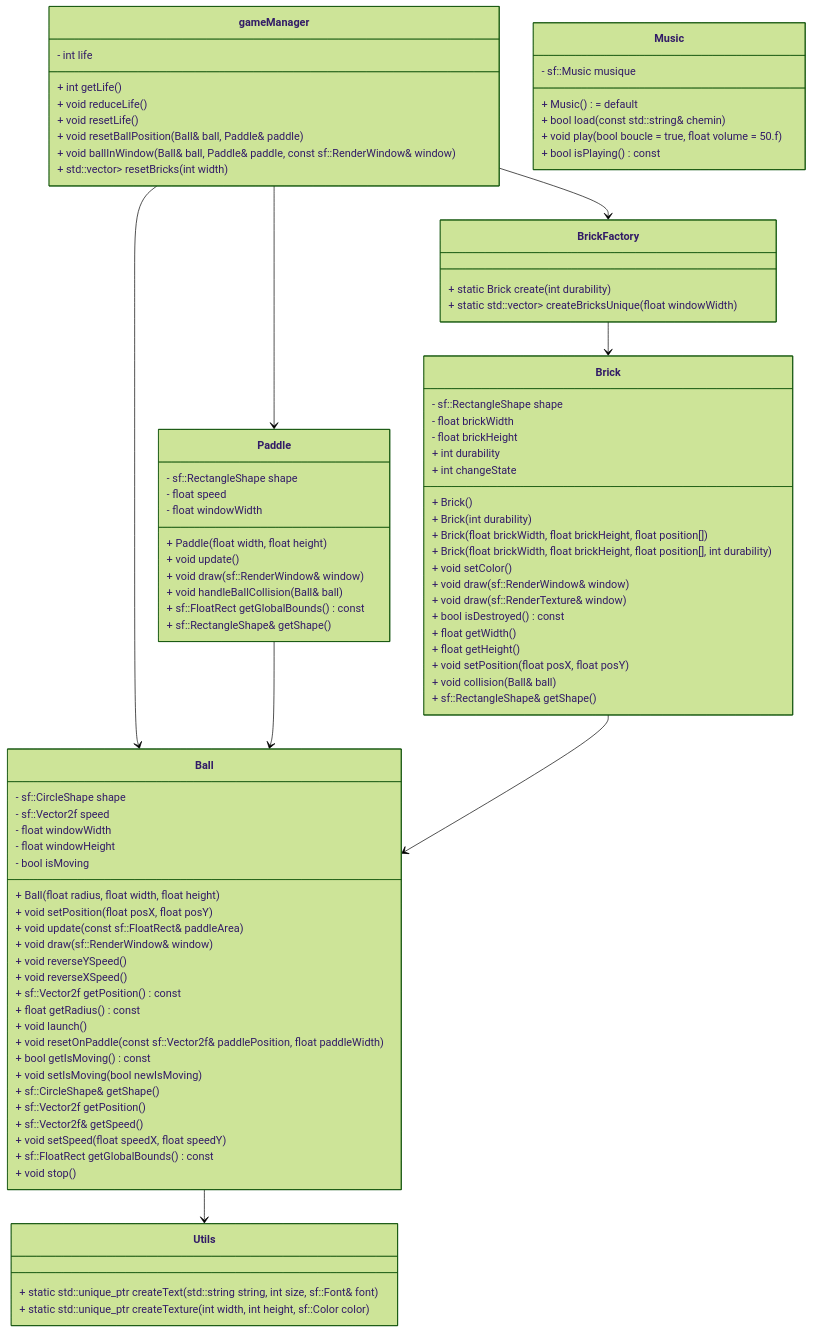
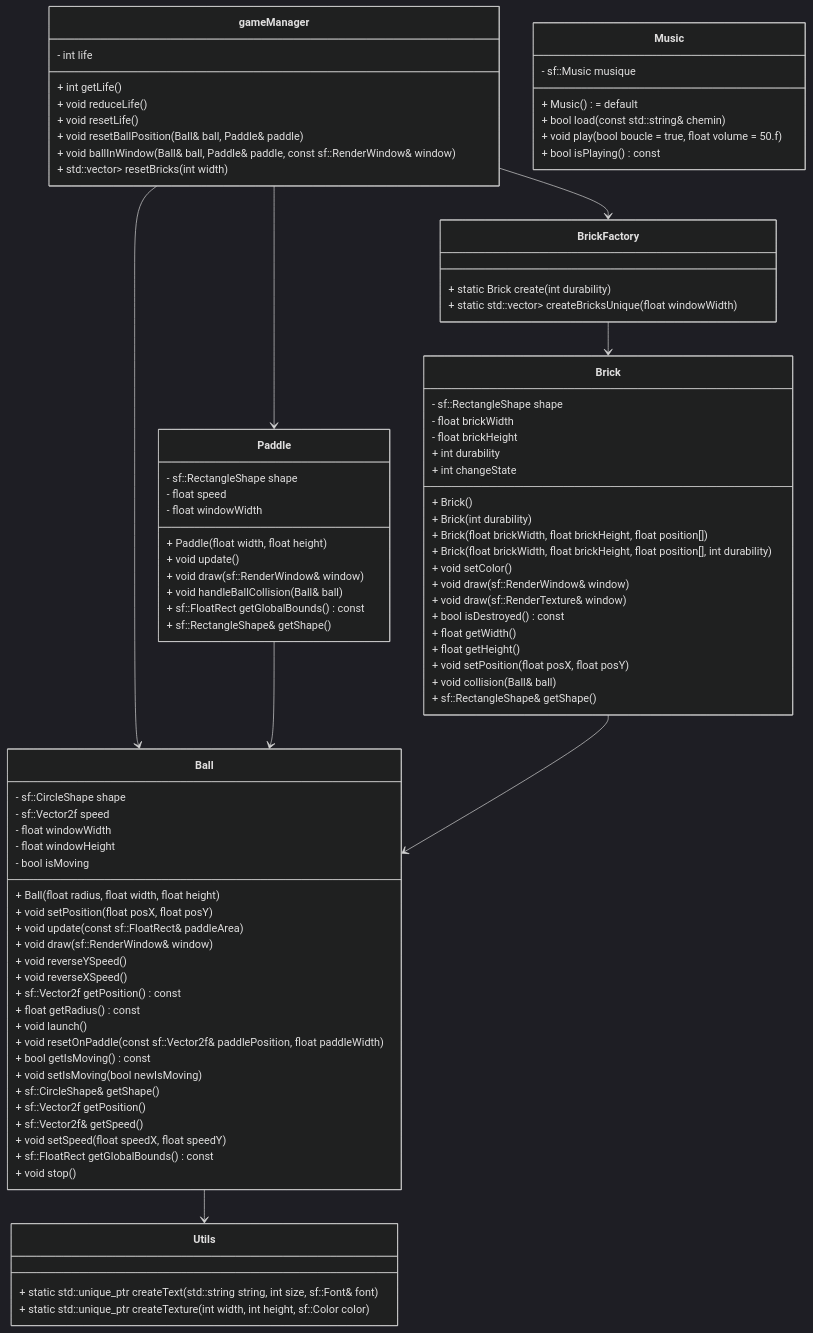
The diagram in docs/class_diagram_final.md (Florence-Navet/brick-breaker), drawn with Mermaid before and after one commit.

Commit message:
fix: Update class_diagram_final.md theme

````diff
--- a/docs/class_diagram_final.md
+++ b/docs/class_diagram_final.md
@@ -4,5 +4,5 @@
 ```mermaid
-%%{init:{'theme':'forest'}}%%
+%%{init:{'theme':'dark'}}%%
 classDiagram
     class gameManager {
         - int life
````
